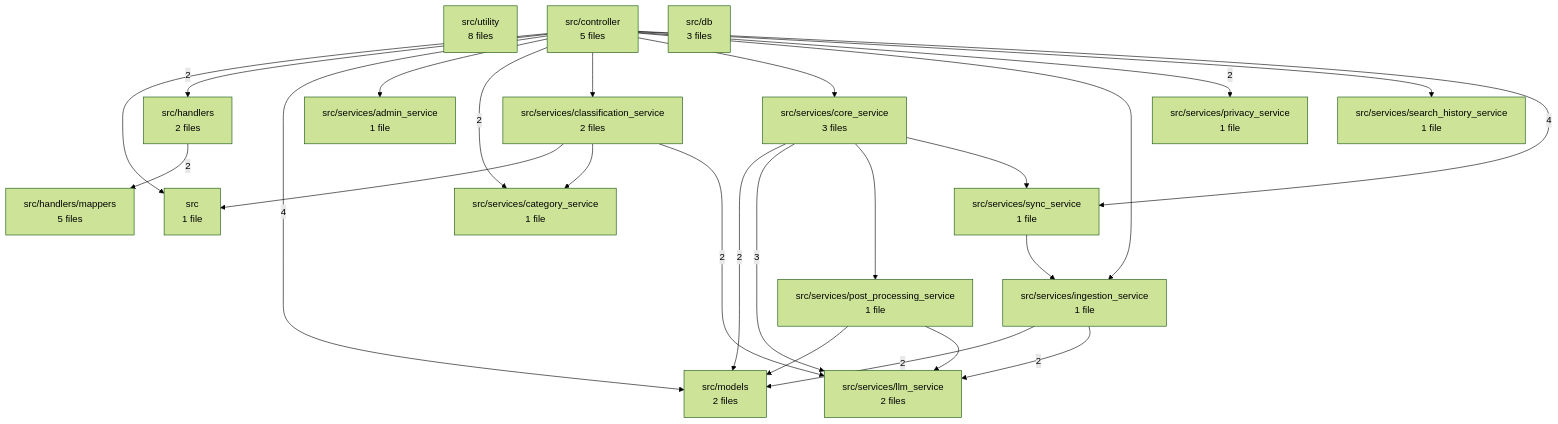
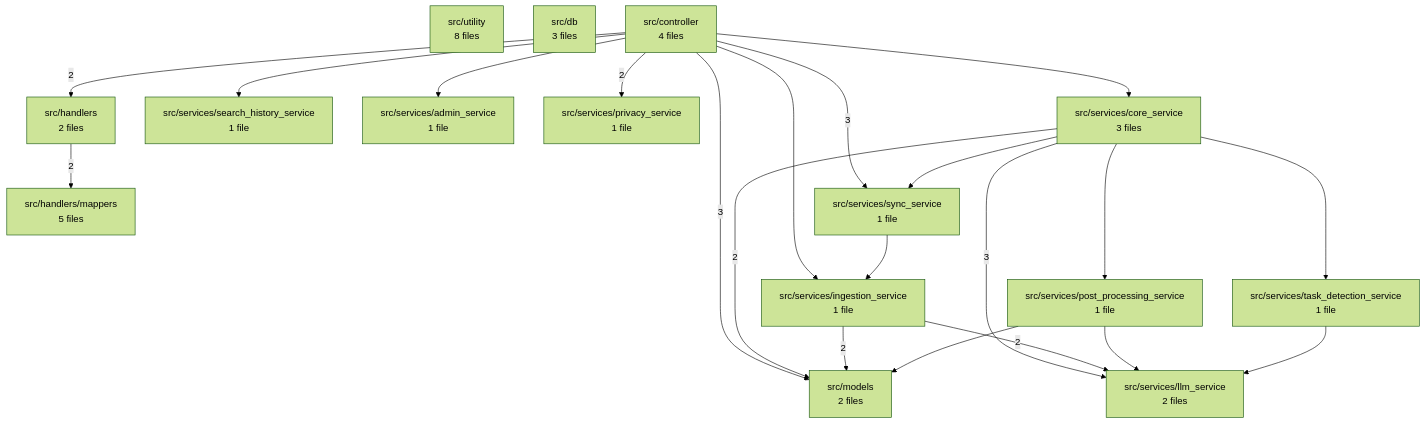
The diagram in .gnost/flow/FLOW-full.mmd (mohdzain98/surfmind-backend), drawn with Mermaid (forest theme) before and after one commit. The commit also changed 17 other files, not shown here.

```diff
--- a/.gnost/flow/FLOW-full.mmd
+++ b/.gnost/flow/FLOW-full.mmd
@@ -1,42 +1,36 @@
 flowchart TD
+  dir_src_services_task_detection_service["src/services/task_detection_service<br/>1 file"]
   dir_src_utility["src/utility<br/>8 files"]
-  dir_src_controller["src/controller<br/>5 files"]
-  dir_src_services_sync_service["src/services/sync_service<br/>1 file"]
   dir_src_services_core_service["src/services/core_service<br/>3 files"]
+  dir_src_services_ingestion_service["src/services/ingestion_service<br/>1 file"]
   dir_src_services_search_history_service["src/services/search_history_service<br/>1 file"]
-  dir_src_services_category_service["src/services/category_service<br/>1 file"]
+  dir_src_services_post_processing_service["src/services/post_processing_service<br/>1 file"]
   dir_src_db["src/db<br/>3 files"]
-  dir_src_models["src/models<br/>2 files"]
+  dir_src_services_admin_service["src/services/admin_service<br/>1 file"]
+  dir_src_controller["src/controller<br/>4 files"]
+  dir_src_services_privacy_service["src/services/privacy_service<br/>1 file"]
   dir_src_services_llm_service["src/services/llm_service<br/>2 files"]
   dir_src_handlers_mappers["src/handlers/mappers<br/>5 files"]
-  dir_src_services_admin_service["src/services/admin_service<br/>1 file"]
-  dir_src_services_post_processing_service["src/services/post_processing_service<br/>1 file"]
+  dir_src_models["src/models<br/>2 files"]
   dir_src_handlers["src/handlers<br/>2 files"]
-  dir_src_services_ingestion_service["src/services/ingestion_service<br/>1 file"]
-  dir_src_services_classification_service["src/services/classification_service<br/>2 files"]
-  dir_src_services_privacy_service["src/services/privacy_service<br/>1 file"]
-  dir_src["src<br/>1 file"]
-  dir_src_controller --> dir_src
+  dir_src_services_sync_service["src/services/sync_service<br/>1 file"]
   dir_src_controller -->|2| dir_src_handlers
-  dir_src_controller -->|4| dir_src_models
+  dir_src_controller -->|3| dir_src_models
   dir_src_controller --> dir_src_services_admin_service
-  dir_src_controller -->|2| dir_src_services_category_service
-  dir_src_controller --> dir_src_services_classification_service
   dir_src_controller --> dir_src_services_core_service
   dir_src_controller --> dir_src_services_ingestion_service
   dir_src_controller -->|2| dir_src_services_privacy_service
   dir_src_controller --> dir_src_services_search_history_service
-  dir_src_controller -->|4| dir_src_services_sync_service
+  dir_src_controller -->|3| dir_src_services_sync_service
   dir_src_handlers -->|2| dir_src_handlers_mappers
-  dir_src_services_classification_service --> dir_src
-  dir_src_services_classification_service --> dir_src_services_category_service
-  dir_src_services_classification_service -->|2| dir_src_services_llm_service
   dir_src_services_core_service -->|2| dir_src_models
   dir_src_services_core_service -->|3| dir_src_services_llm_service
   dir_src_services_core_service --> dir_src_services_post_processing_service
   dir_src_services_core_service --> dir_src_services_sync_service
+  dir_src_services_core_service --> dir_src_services_task_detection_service
   dir_src_services_ingestion_service -->|2| dir_src_models
   dir_src_services_ingestion_service -->|2| dir_src_services_llm_service
   dir_src_services_post_processing_service --> dir_src_models
   dir_src_services_post_processing_service --> dir_src_services_llm_service
   dir_src_services_sync_service --> dir_src_services_ingestion_service
+  dir_src_services_task_detection_service --> dir_src_services_llm_service
```
